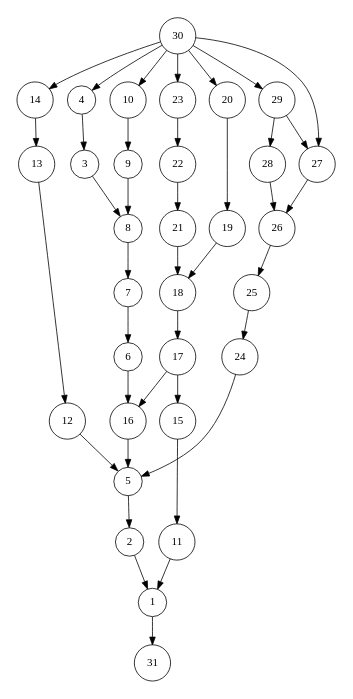
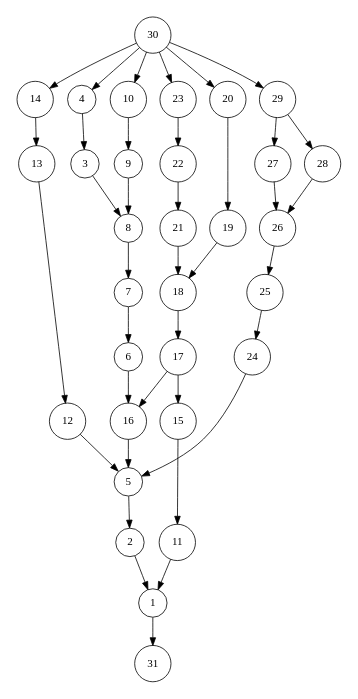
The diagram in dag.gv (DevinThomas185/SRA-Coursework), drawn with Graphviz before and after one commit. The commit also changed 12 other files, not shown here.

```diff
--- a/dag.gv
+++ b/dag.gv
@@ -1,73 +1,72 @@
 digraph G {
 	rankdir=TB size="8,5"
 	node [shape=circle]
 	1
 	2
 	3
 	4
 	5
 	6
 	7
 	8
 	9
 	10
 	11
 	12
 	13
 	14
 	15
 	16
 	17
 	18
 	19
 	20
 	21
 	22
 	23
 	24
 	25
 	26
 	27
 	28
 	29
 	30
 	31
 	1 -> 31
 	2 -> 1
 	3 -> 8
 	4 -> 3
 	5 -> 2
 	6 -> 16
 	7 -> 6
 	8 -> 7
 	9 -> 8
 	10 -> 9
 	11 -> 1
 	12 -> 5
 	13 -> 12
 	14 -> 13
 	15 -> 11
 	16 -> 5
 	17 -> 15
 	17 -> 16
 	18 -> 17
 	19 -> 18
 	20 -> 19
 	21 -> 18
 	22 -> 21
 	23 -> 22
 	24 -> 5
 	25 -> 24
 	26 -> 25
 	27 -> 26
 	28 -> 26
 	29 -> 27
 	29 -> 28
 	30 -> 4
 	30 -> 10
 	30 -> 14
 	30 -> 20
 	30 -> 23
-	30 -> 27
 	30 -> 29
 }
```
